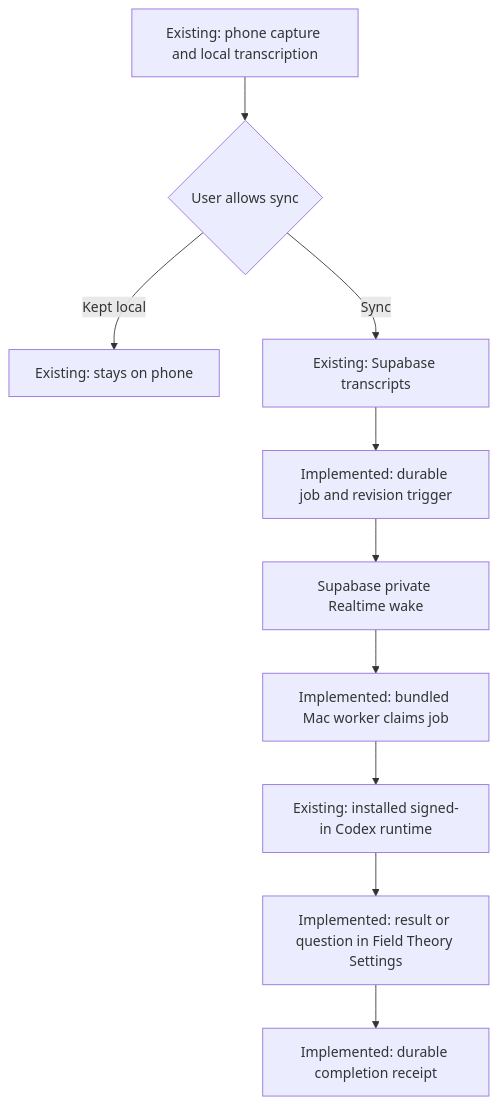
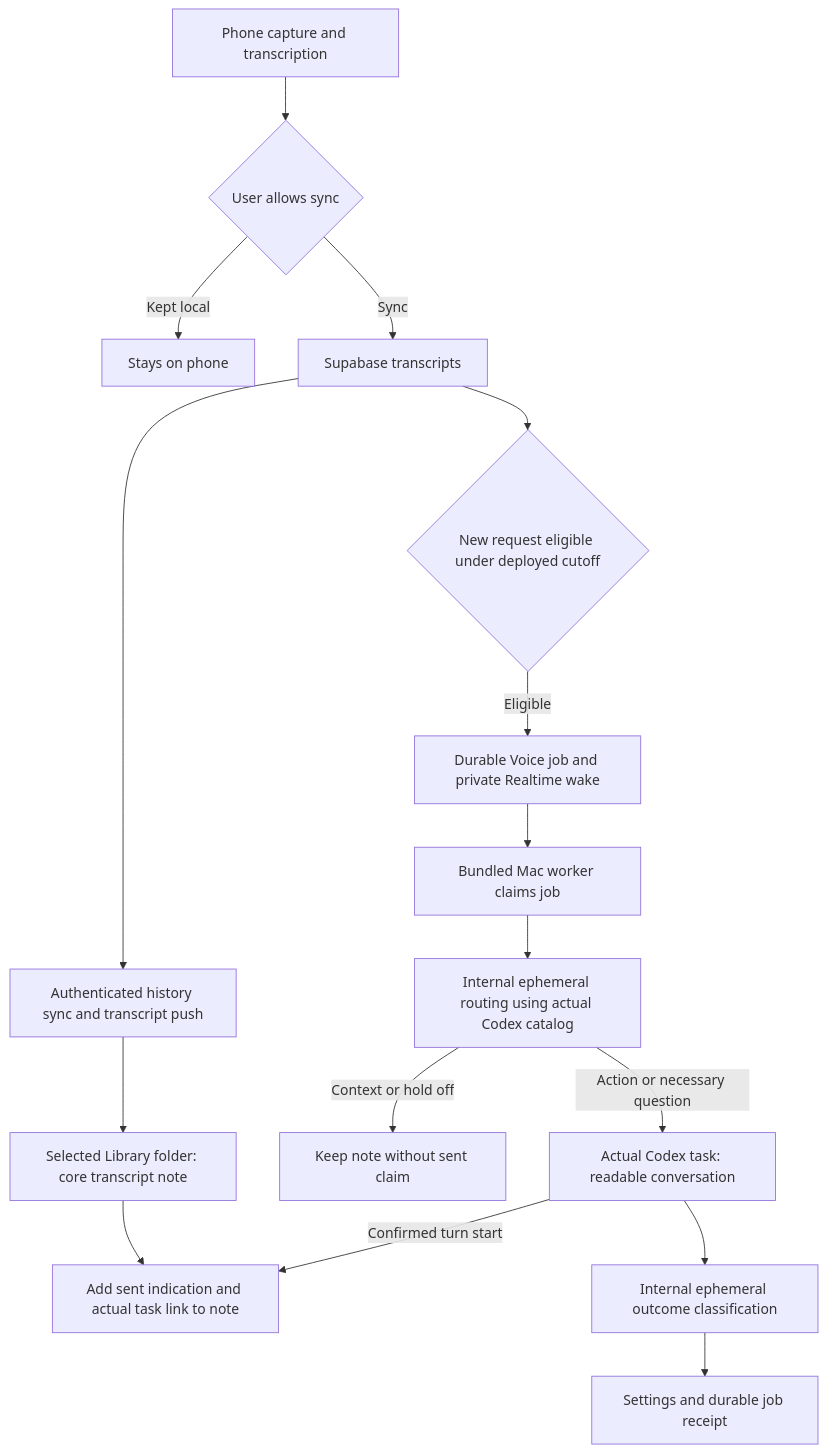
One commit to afar1/fieldtheory changed the diagram in docs/VOICE_DELIVERY_OVERVIEW.md. Above: the diagram before and after it, drawn with Mermaid. The commit also changed other lines of this file and 6 other files, not shown here.

````diff
--- a/docs/VOICE_DELIVERY_OVERVIEW.md
+++ b/docs/VOICE_DELIVERY_OVERVIEW.md
@@ -18,12 +13,18 @@
 ```mermaid
 flowchart TD
-  A[Existing: phone capture and local transcription] --> B{User allows sync}
-  B -->|Kept local| L[Existing: stays on phone]
-  B -->|Sync| C[Existing: Supabase transcripts]
-  C --> D[Implemented: durable job and revision trigger]
-  D --> E[Supabase private Realtime wake]
-  E --> F[Implemented: bundled Mac worker claims job]
-  F --> G[Existing: installed signed-in Codex runtime]
-  G --> H[Implemented: result or question in Field Theory Settings]
-  H --> I[Implemented: durable completion receipt]
+  A[Phone capture and transcription] --> B{User allows sync}
+  B -->|Kept local| L[Stays on phone]
+  B -->|Sync| C[Supabase transcripts]
+  C --> H[Authenticated history sync and transcript push]
+  H --> I[Selected Library folder: core transcript note]
+  C --> D{New request eligible under deployed cutoff}
+  D -->|Eligible| E[Durable Voice job and private Realtime wake]
+  E --> F[Bundled Mac worker claims job]
+  F --> R[Internal ephemeral routing using actual Codex catalog]
+  R -->|Context or hold off| N[Keep note without sent claim]
+  R -->|Action or necessary question| G[Actual Codex task: readable conversation]
+  G -->|Confirmed turn start| J[Add sent indication and actual task link to note]
+  G --> K[Internal ephemeral outcome classification]
+  K --> M[Settings and durable job receipt]
+  I --> J
 ```
````
